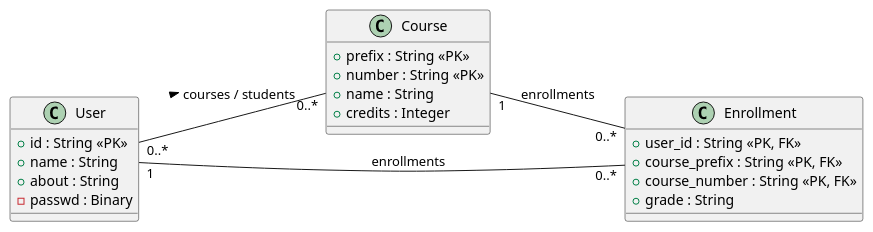
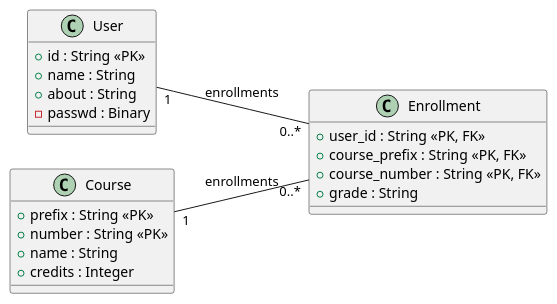
The diagram in uml/class.wsd (Barlos1233/26FCS3250-002-prj-1), drawn with PlantUML before and after one commit.

Commit message:
change line in class.wsd

```diff
--- a/uml/class.wsd
+++ b/uml/class.wsd
@@ -1,29 +1,29 @@
 @startuml class
 left to right direction
 
 class User {
   +id : String <<PK>>
   +name : String
   +about : String
   -passwd : Binary
 }
 
 class Course {
   +prefix : String <<PK>>
   +number : String <<PK>>
   +name : String
   +credits : Integer
 }
 
 class Enrollment {
   +user_id : String <<PK, FK>>
   +course_prefix : String <<PK, FK>>
   +course_number : String <<PK, FK>>
   +grade : String
 }
 
 User "1" -- "0..*" Enrollment : enrollments
 Course "1" -- "0..*" Enrollment : enrollments
-User "0..*" -- "0..*" Course : courses / students >
+
 
 @enduml
```
